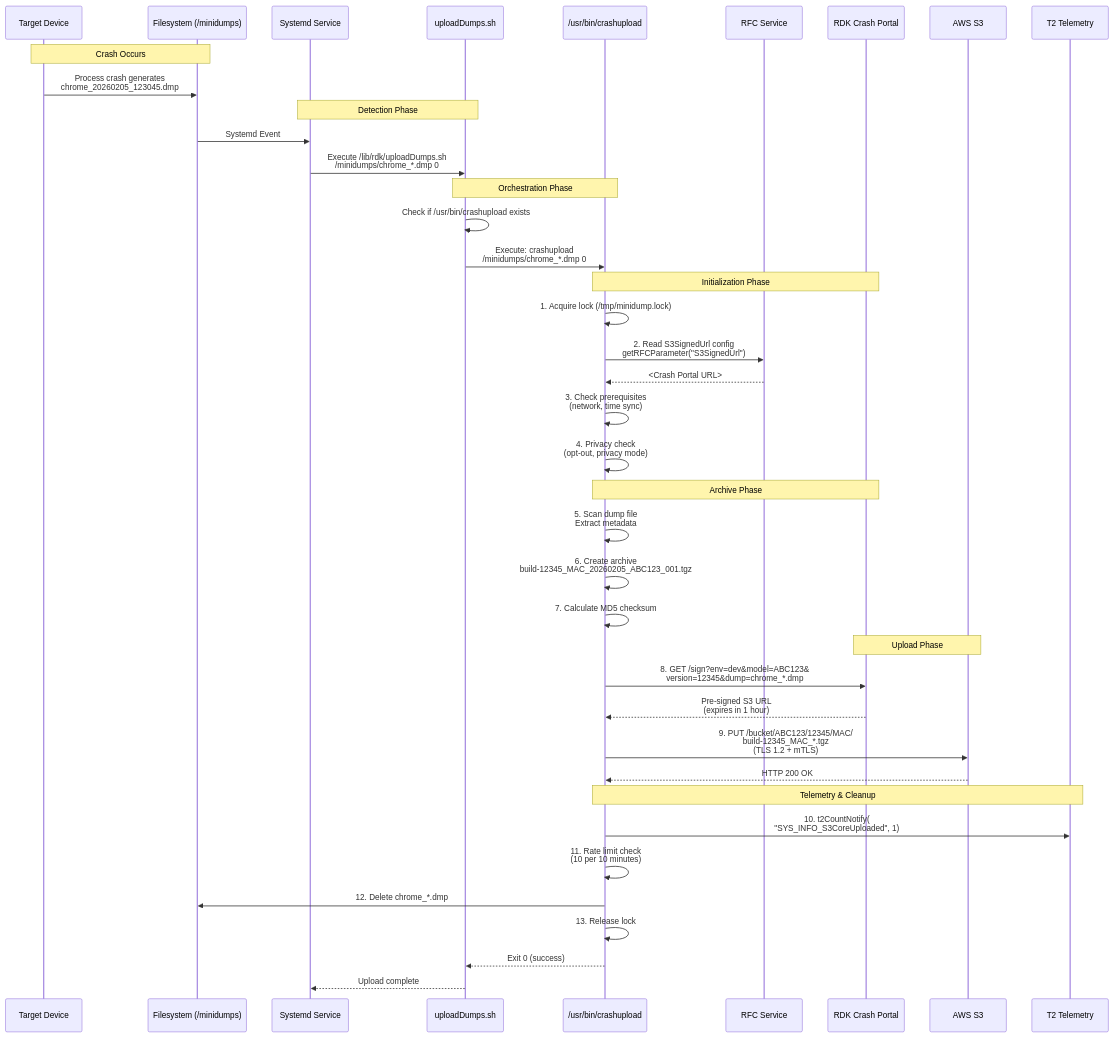
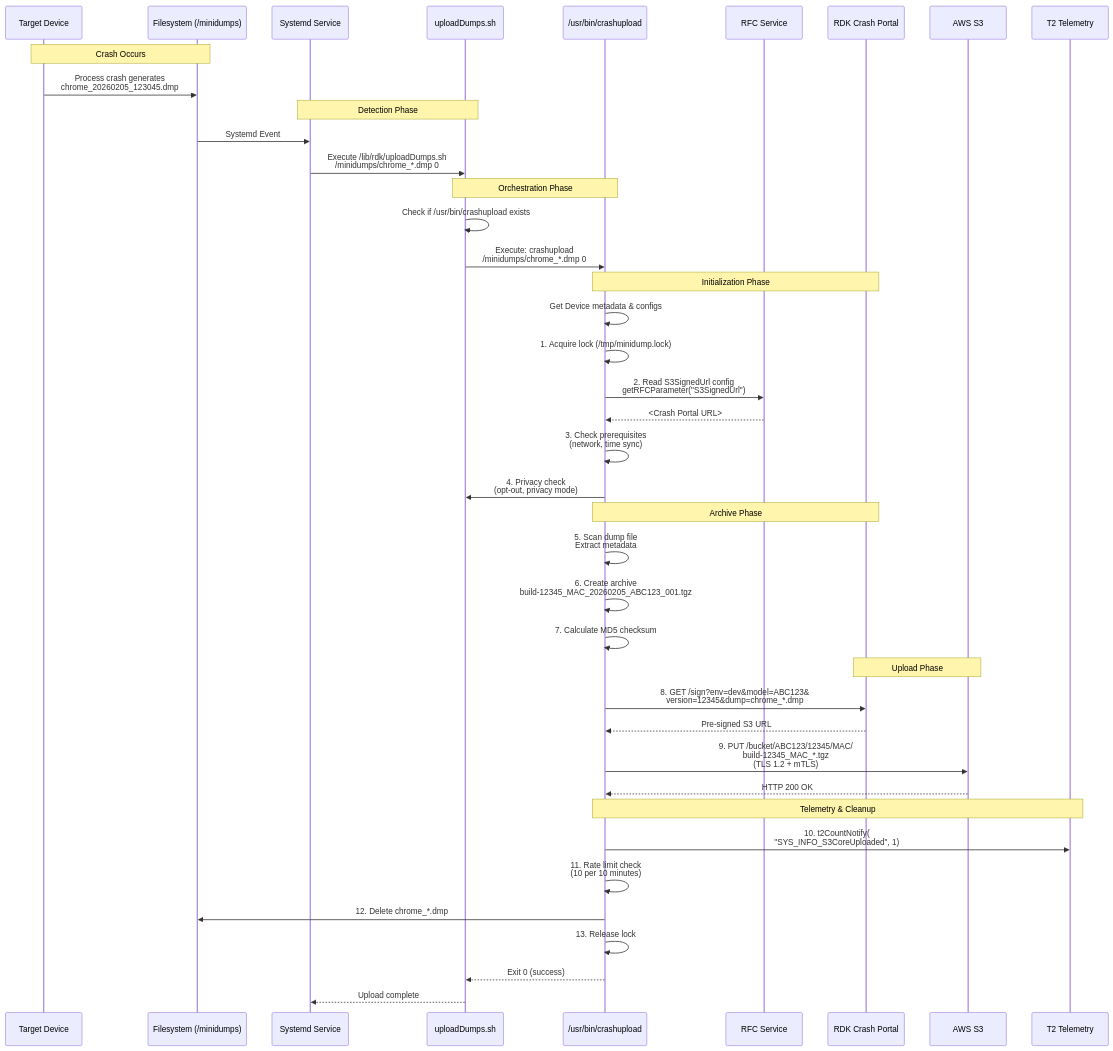
The second of 3 diagrams in docs/migration/diagrams/crashupload-compiled-code-architecture.md (CodeLinaro-mirror/qrdk_rdkcentral_crashupload), drawn with Mermaid before and after one commit. The commit also changed other lines of this file, not shown here.

````diff
--- a/docs/migration/diagrams/crashupload-compiled-code-architecture.md
+++ b/docs/migration/diagrams/crashupload-compiled-code-architecture.md
@@ -246,50 +246,51 @@
 ```mermaid
 sequenceDiagram
     participant Device as Target Device
     participant FS as Filesystem (/minidumps)
     participant Inotify as Systemd Service
     participant Shell as uploadDumps.sh
     participant Binary as /usr/bin/crashupload
     participant RFC as RFC Service
     participant Portal as RDK Crash Portal
     participant S3 as AWS S3
     participant T2 as T2 Telemetry
 
     Note over Device,FS: Crash Occurs
     Device->>FS: Process crash generates<br/>chrome_20260205_123045.dmp
     
     Note over Inotify,Shell: Detection Phase
     FS->>Inotify: Systemd Event
     Inotify->>Shell: Execute /lib/rdk/uploadDumps.sh<br/>/minidumps/chrome_*.dmp 0
     
     Note over Shell,Binary: Orchestration Phase
     Shell->>Shell: Check if /usr/bin/crashupload exists
     Shell->>Binary: Execute: crashupload<br/>/minidumps/chrome_*.dmp 0
     
     Note over Binary,Portal: Initialization Phase
+    Binary->>Binary: Get Device metadata & configs
     Binary->>Binary: 1. Acquire lock (/tmp/minidump.lock)
     Binary->>RFC: 2. Read S3SignedUrl config<br/>getRFCParameter("S3SignedUrl")
     RFC-->>Binary: <Crash Portal URL>
     Binary->>Binary: 3. Check prerequisites<br/>(network, time sync)
-    Binary->>Binary: 4. Privacy check<br/>(opt-out, privacy mode)
+    Binary->>Shell: 4. Privacy check<br/>(opt-out, privacy mode)
     
     Note over Binary,Portal: Archive Phase
     Binary->>Binary: 5. Scan dump file<br/>Extract metadata
     Binary->>Binary: 6. Create archive<br/>build-12345_MAC_20260205_ABC123_001.tgz
     Binary->>Binary: 7. Calculate MD5 checksum
     
     Note over Portal,S3: Upload Phase
     Binary->>Portal: 8. GET /sign?env=dev&model=ABC123&<br/>version=12345&dump=chrome_*.dmp
-    Portal-->>Binary: Pre-signed S3 URL<br/>(expires in 1 hour)
+    Portal-->>Binary: Pre-signed S3 URL
     
     Binary->>S3: 9. PUT /bucket/ABC123/12345/MAC/<br/>build-12345_MAC_*.tgz<br/>(TLS 1.2 + mTLS)
     S3-->>Binary: HTTP 200 OK
     
     Note over Binary,T2: Telemetry & Cleanup
     Binary->>T2: 10. t2CountNotify(<br/>"SYS_INFO_S3CoreUploaded", 1)
     Binary->>Binary: 11. Rate limit check<br/>(10 per 10 minutes)
     Binary->>FS: 12. Delete chrome_*.dmp
     Binary->>Binary: 13. Release lock
     Binary-->>Shell: Exit 0 (success)
     Shell-->>Inotify: Upload complete
 ```
````
